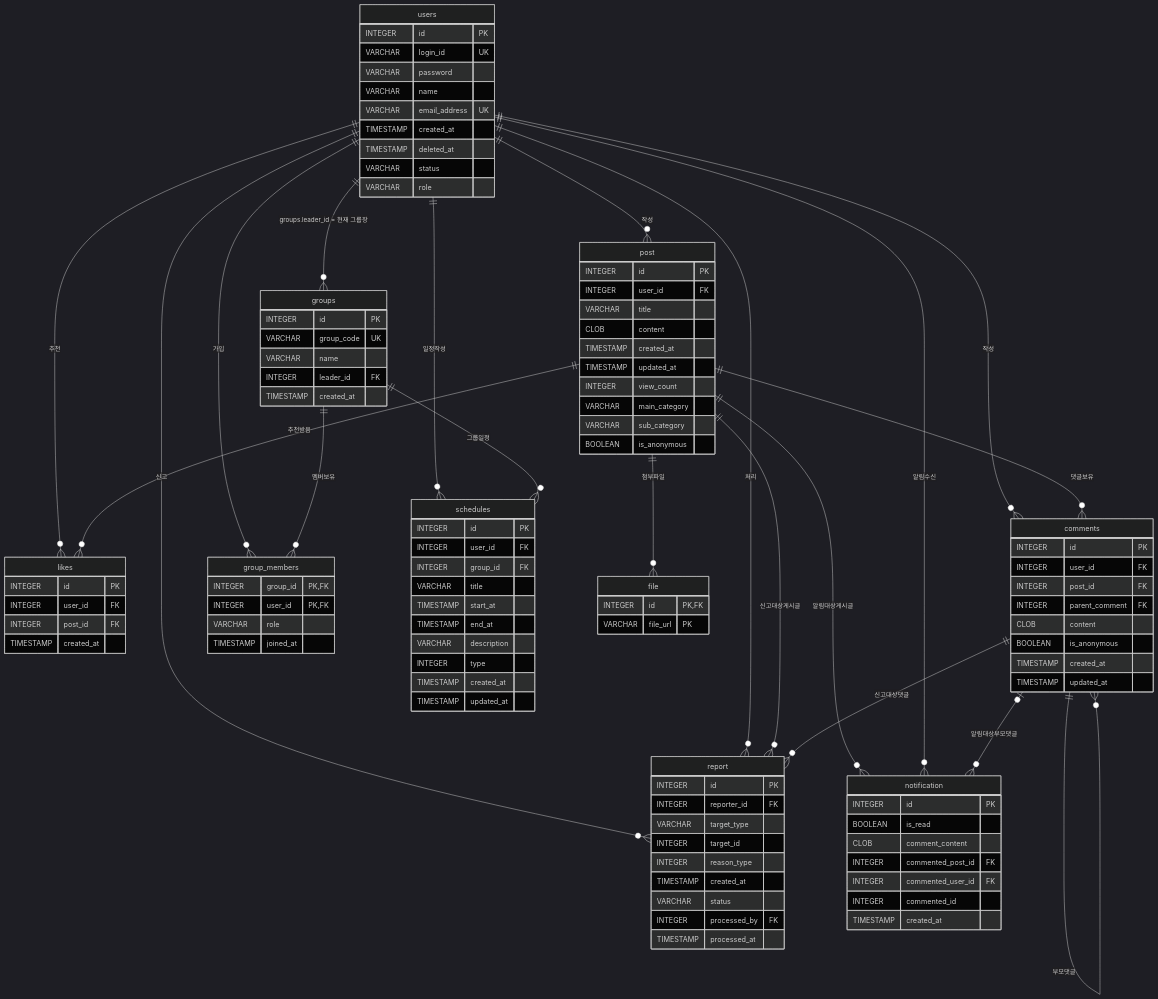
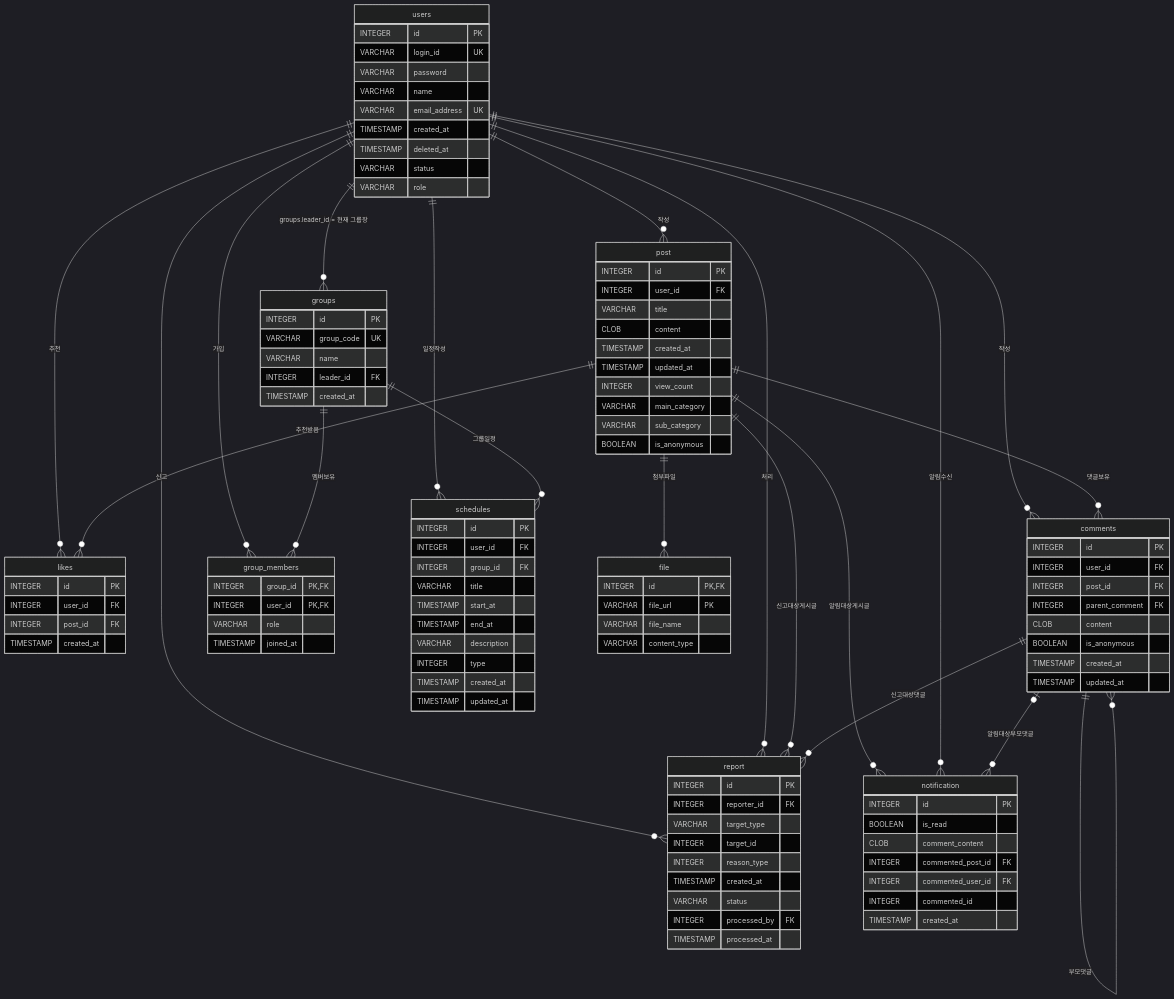
Before and after one commit to kwonyeonwoo/DB_TeamProject: the diagram in docs/source/erd.md, drawn with Mermaid (dark theme). The commit also changed other lines of this file and 34 other files, not shown here.

```diff
--- a/docs/source/erd.md
+++ b/docs/source/erd.md
@@ -131,6 +131,8 @@
     file {
         INTEGER id PK,FK
         VARCHAR file_url PK
+        VARCHAR file_name
+        VARCHAR content_type
     }
 
     notification {
```
